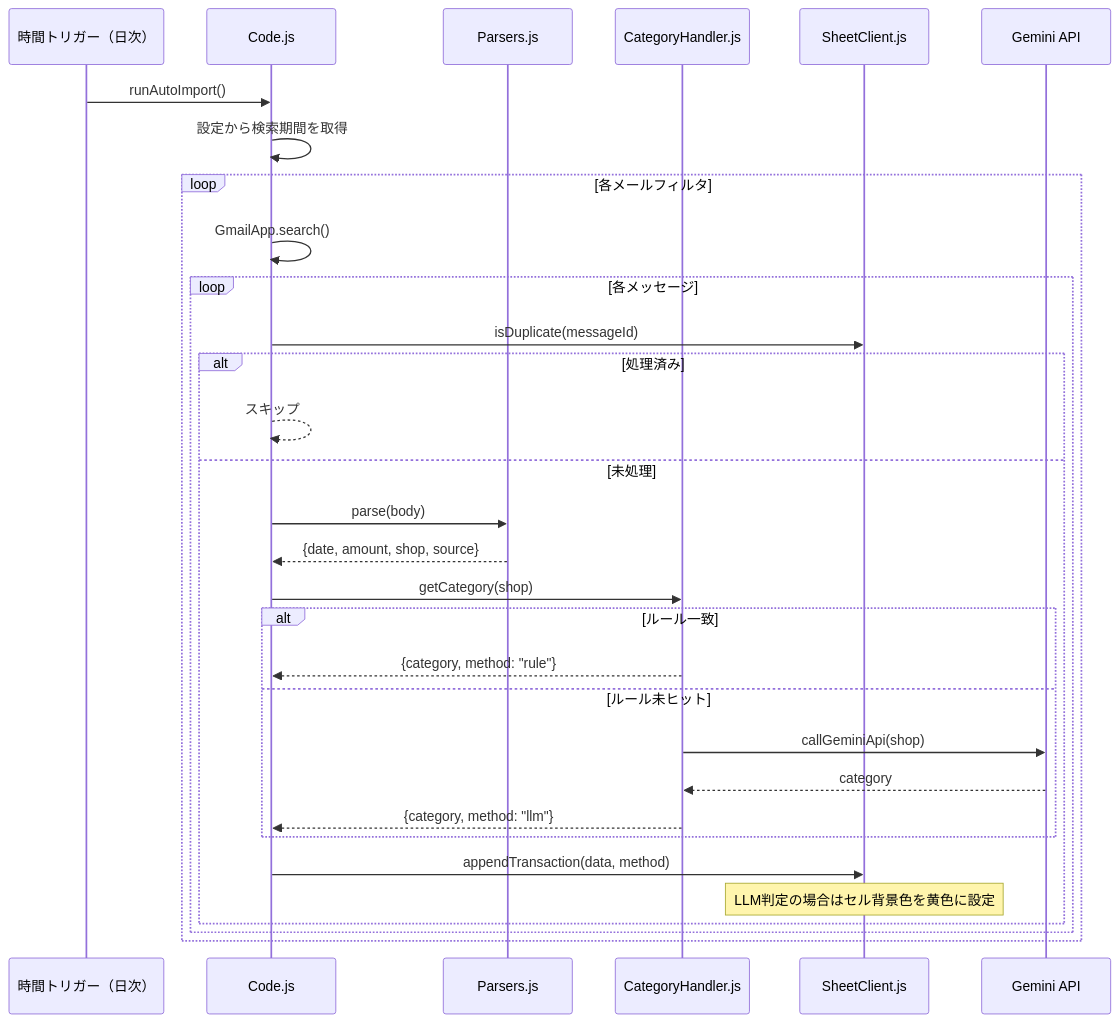
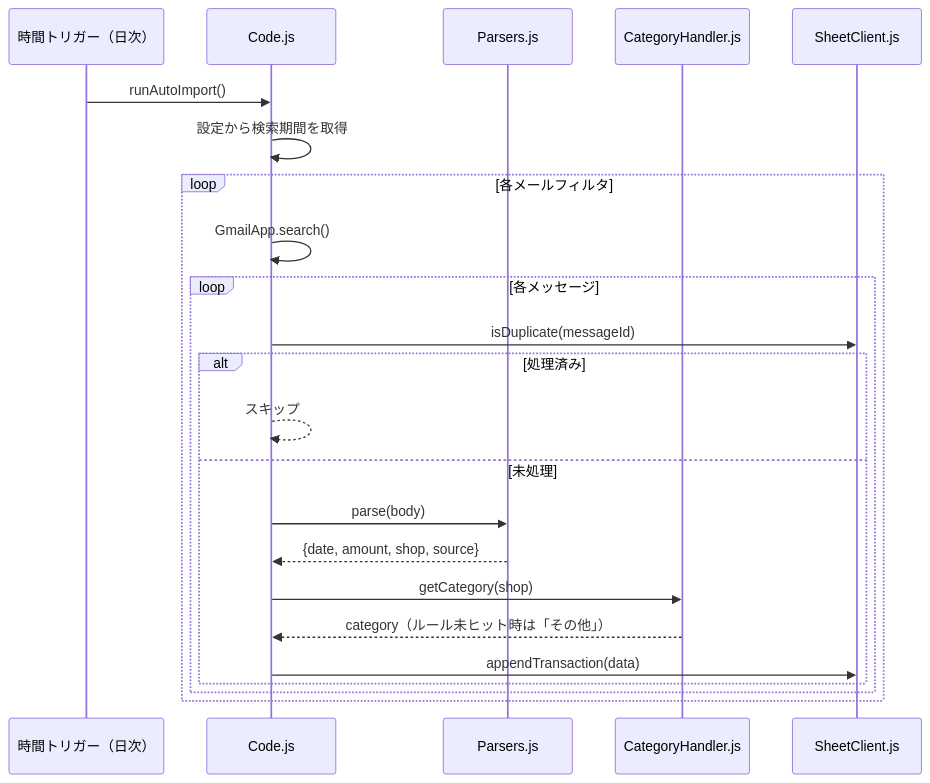
One commit to Seiya-Nakagawa/kakeibo changed the second of 2 diagrams in docs/02.設計/old/DESIGN.md. Above: the diagram before and after it, drawn with Mermaid. The commit also changed other lines of this file and 7 other files, not shown here.

````diff
--- a/docs/02.設計/old/DESIGN.md
+++ b/docs/02.設計/old/DESIGN.md
@@ -164,34 +155,26 @@
 ```mermaid
 sequenceDiagram
     participant Trigger as 時間トリガー（日次）
     participant Code as Code.js
     participant Parser as Parsers.js
     participant Cat as CategoryHandler.js
     participant Sheet as SheetClient.js
-    participant Gemini as Gemini API
 
     Trigger->>Code: runAutoImport()
     Code->>Code: 設定から検索期間を取得
     loop 各メールフィルタ
         Code->>Code: GmailApp.search()
         loop 各メッセージ
             Code->>Sheet: isDuplicate(messageId)
             alt 処理済み
                 Code-->>Code: スキップ
             else 未処理
                 Code->>Parser: parse(body)
                 Parser-->>Code: {date, amount, shop, source}
                 Code->>Cat: getCategory(shop)
-                alt ルール一致
-                    Cat-->>Code: {category, method: "rule"}
-                else ルール未ヒット
-                    Cat->>Gemini: callGeminiApi(shop)
-                    Gemini-->>Cat: category
-                    Cat-->>Code: {category, method: "llm"}
-                end
-                Code->>Sheet: appendTransaction(data, method)
-                Note over Sheet: LLM判定の場合はセル背景色を黄色に設定
+                Cat-->>Code: category（ルール未ヒット時は「その他」）
+                Code->>Sheet: appendTransaction(data)
             end
         end
     end
 ```
````
